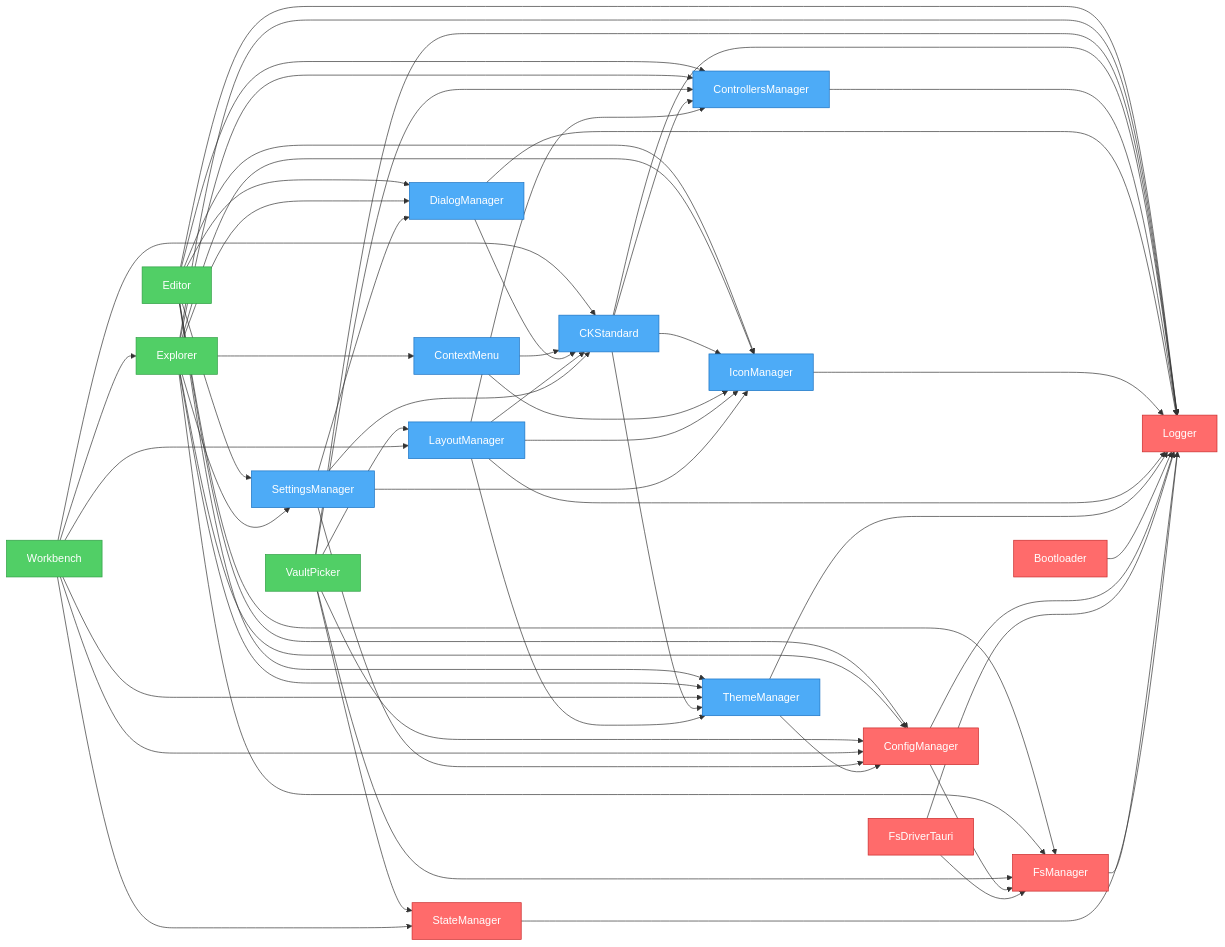
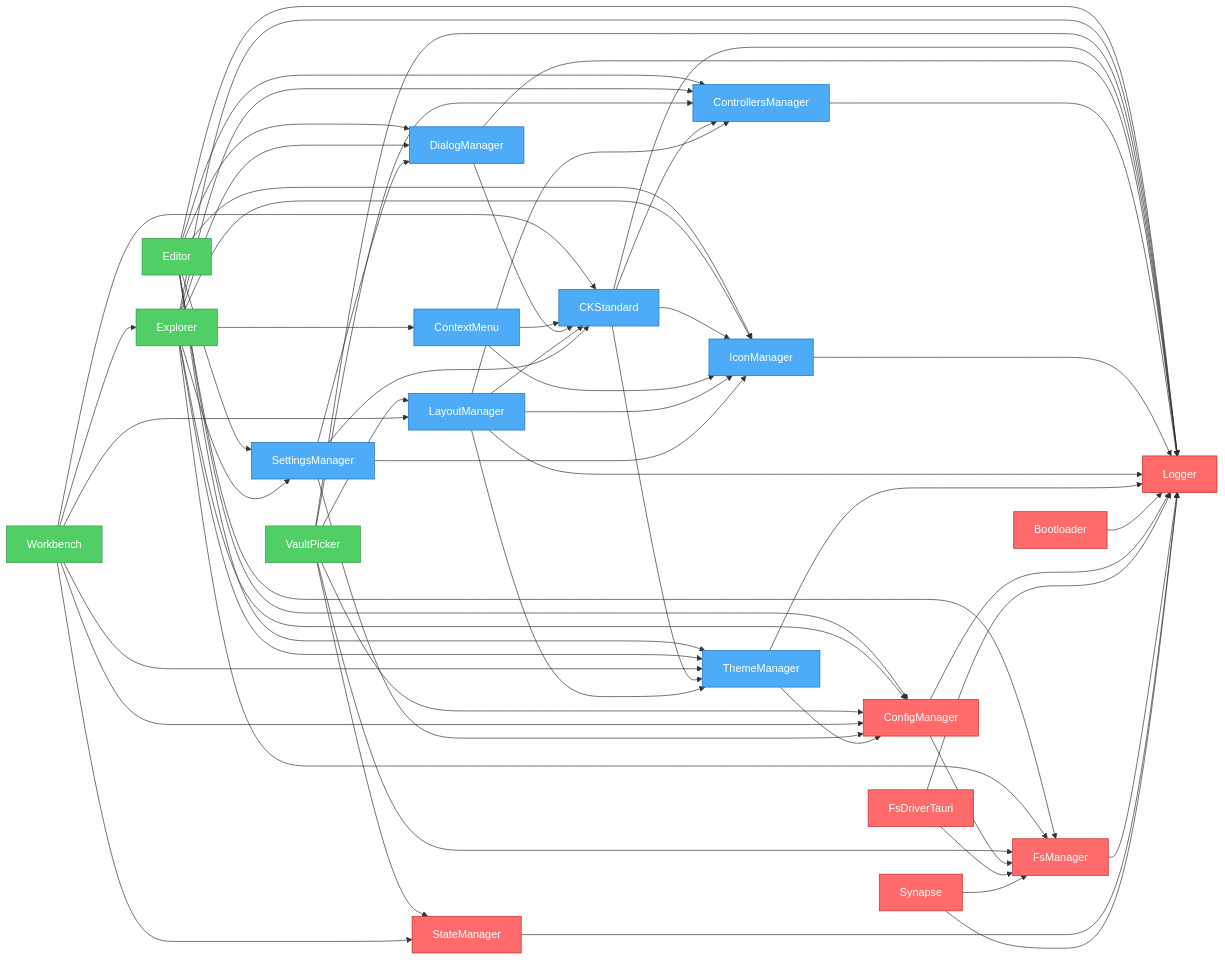
One commit to khton-tech/notehub.md changed the diagram in artifacts/graph.mmd. Above: the diagram before and after it, drawn with Mermaid. The commit also changed 23 other files, not shown here.

Commit message:
feat: Implement Synapse system plugin with API for external plugin loading and management.

```diff
--- a/artifacts/graph.mmd
+++ b/artifacts/graph.mmd
@@ -1,85 +1,88 @@
 flowchart LR
     nh_features_editor["Editor"]
     nh_features_explorer["Explorer"]
     nh_features_vault-picker["VaultPicker"]
     nh_features_workbench["Workbench"]
     nh_ui_ck-standard["CKStandard"]
     nh_ui_context-menu["ContextMenu"]
+    nh_ui_dialog-manager["DialogManager"]
     nh_ui_controllers-manager["ControllersManager"]
-    nh_ui_dialog-manager["DialogManager"]
     nh_ui_icon-manager["IconManager"]
     nh_ui_layout-manager["LayoutManager"]
     nh_ui_settings-manager["SettingsManager"]
     nh_ui_theme-manager["ThemeManager"]
     nh_system_bootloader["Bootloader"]
     nh_system_config-manager["ConfigManager"]
     nh_system_fs-driver-tauri["FsDriverTauri"]
     nh_system_fs-manager["FsManager"]
     nh_system_logger["Logger"]
     nh_system_state-manager["StateManager"]
+    nh_system_synapse["Synapse"]
     nh_features_editor --> nh_system_config-manager
     nh_features_editor --> nh_ui_settings-manager
     nh_features_editor --> nh_system_fs-manager
     nh_features_editor --> nh_system_logger
     nh_features_editor --> nh_ui_controllers-manager
     nh_features_editor --> nh_ui_dialog-manager
     nh_features_editor --> nh_ui_icon-manager
     nh_features_editor --> nh_ui_theme-manager
     nh_features_explorer --> nh_system_config-manager
     nh_features_explorer --> nh_ui_settings-manager
     nh_features_explorer --> nh_system_fs-manager
     nh_features_explorer --> nh_system_logger
     nh_features_explorer --> nh_ui_controllers-manager
     nh_features_explorer --> nh_ui_icon-manager
     nh_features_explorer --> nh_ui_theme-manager
     nh_features_explorer --> nh_ui_context-menu
     nh_features_explorer --> nh_ui_dialog-manager
     nh_features_vault-picker --> nh_system_fs-manager
     nh_features_vault-picker --> nh_system_config-manager
     nh_features_vault-picker --> nh_system_state-manager
     nh_features_vault-picker --> nh_system_logger
     nh_features_vault-picker --> nh_ui_controllers-manager
     nh_features_vault-picker --> nh_ui_layout-manager
     nh_features_workbench --> nh_system_config-manager
     nh_features_workbench --> nh_ui_layout-manager
     nh_features_workbench --> nh_ui_theme-manager
     nh_features_workbench --> nh_ui_ck-standard
     nh_features_workbench --> nh_system_state-manager
     nh_features_workbench --> nh_features_explorer
     nh_ui_ck-standard --> nh_system_logger
     nh_ui_ck-standard --> nh_ui_controllers-manager
     nh_ui_ck-standard --> nh_ui_icon-manager
     nh_ui_ck-standard --> nh_ui_theme-manager
     nh_ui_context-menu --> nh_ui_icon-manager
     nh_ui_context-menu --> nh_ui_ck-standard
-    nh_ui_controllers-manager --> nh_system_logger
     nh_ui_dialog-manager --> nh_system_logger
     nh_ui_dialog-manager --> nh_ui_ck-standard
+    nh_ui_controllers-manager --> nh_system_logger
     nh_ui_icon-manager --> nh_system_logger
     nh_ui_layout-manager --> nh_system_logger
     nh_ui_layout-manager --> nh_ui_theme-manager
     nh_ui_layout-manager --> nh_ui_icon-manager
     nh_ui_layout-manager --> nh_ui_controllers-manager
     nh_ui_layout-manager --> nh_ui_ck-standard
     nh_ui_settings-manager --> nh_system_config-manager
     nh_ui_settings-manager --> nh_ui_ck-standard
     nh_ui_settings-manager --> nh_ui_icon-manager
     nh_ui_settings-manager --> nh_ui_dialog-manager
     nh_ui_theme-manager --> nh_system_logger
     nh_ui_theme-manager --> nh_system_config-manager
     nh_system_bootloader --> nh_system_logger
     nh_system_config-manager --> nh_system_logger
     nh_system_config-manager --> nh_system_fs-manager
     nh_system_fs-driver-tauri --> nh_system_logger
     nh_system_fs-driver-tauri --> nh_system_fs-manager
     nh_system_fs-manager --> nh_system_logger
     nh_system_state-manager --> nh_system_logger
+    nh_system_synapse --> nh_system_fs-manager
+    nh_system_synapse --> nh_system_logger
 
     %% Styles
     classDef system fill:#ff6b6b,stroke:#c92a2a,color:#fff
     classDef ui fill:#4dabf7,stroke:#1971c2,color:#fff
     classDef feature fill:#51cf66,stroke:#2f9e44,color:#fff
     class nh_features_editor,nh_features_explorer,nh_features_workbench feature
     class nh_features_vault-picker feature
-    class nh_ui_ck-standard,nh_ui_context-menu,nh_ui_controllers-manager,nh_ui_dialog-manager,nh_ui_icon-manager,nh_ui_layout-manager,nh_ui_settings-manager,nh_ui_theme-manager ui
-    class nh_system_bootloader,nh_system_config-manager,nh_system_fs-driver-tauri,nh_system_fs-manager,nh_system_logger,nh_system_state-manager system
+    class nh_ui_ck-standard,nh_ui_context-menu,nh_ui_dialog-manager,nh_ui_controllers-manager,nh_ui_icon-manager,nh_ui_layout-manager,nh_ui_settings-manager,nh_ui_theme-manager ui
+    class nh_system_bootloader,nh_system_config-manager,nh_system_fs-driver-tauri,nh_system_fs-manager,nh_system_logger,nh_system_state-manager,nh_system_synapse system
```
